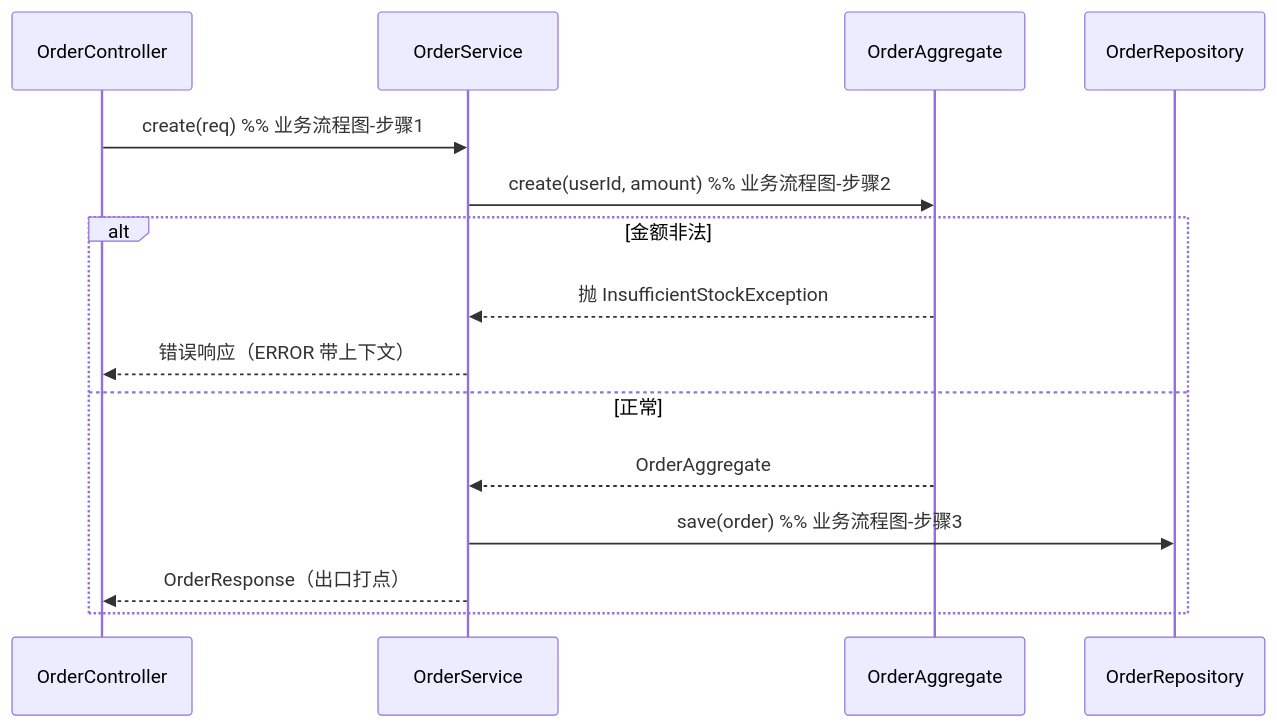
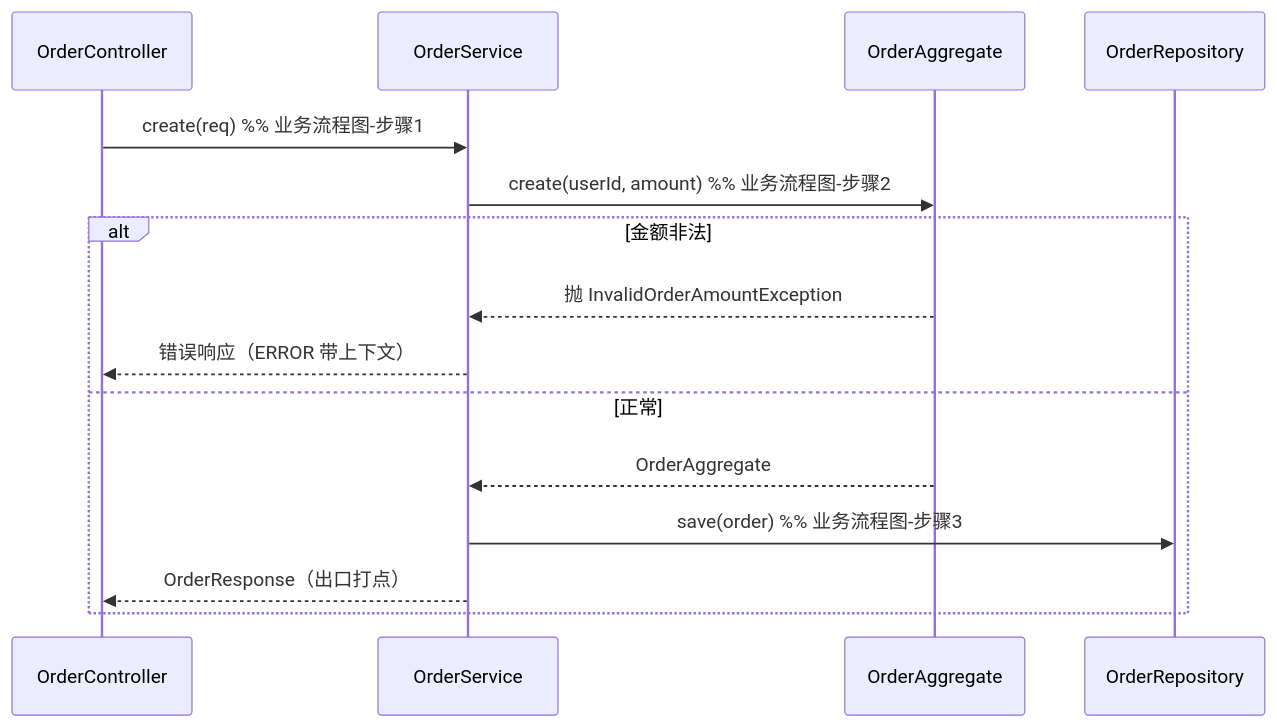
One commit to ironbob/DesignSKills changed the second of 2 diagrams in skills/arch-first-code-gen/examples/2026-06-28-example-arch.md. Above: the diagram before and after it, drawn with Mermaid. The commit also changed other lines of this file and 26 other files, not shown here.

Commit message:
feat(arch-first-code-gen): strengthen architecture design workflow

````diff
--- a/skills/arch-first-code-gen/examples/2026-06-28-example-arch.md
+++ b/skills/arch-first-code-gen/examples/2026-06-28-example-arch.md
@@ -31,17 +32,17 @@
 ```mermaid
 sequenceDiagram
   participant C as OrderController
   participant S as OrderService
   participant A as OrderAggregate
   participant R as OrderRepository
   C->>S: create(req) %% 业务流程图-步骤1
   S->>A: create(userId, amount) %% 业务流程图-步骤2
   alt 金额非法
-    A-->>S: 抛 InsufficientStockException
+    A-->>S: 抛 InvalidOrderAmountException
     S-->>C: 错误响应（ERROR 带上下文）
   else 正常
     A-->>S: OrderAggregate
     S->>R: save(order) %% 业务流程图-步骤3
     S-->>C: OrderResponse（出口打点）
   end
 ```
````
